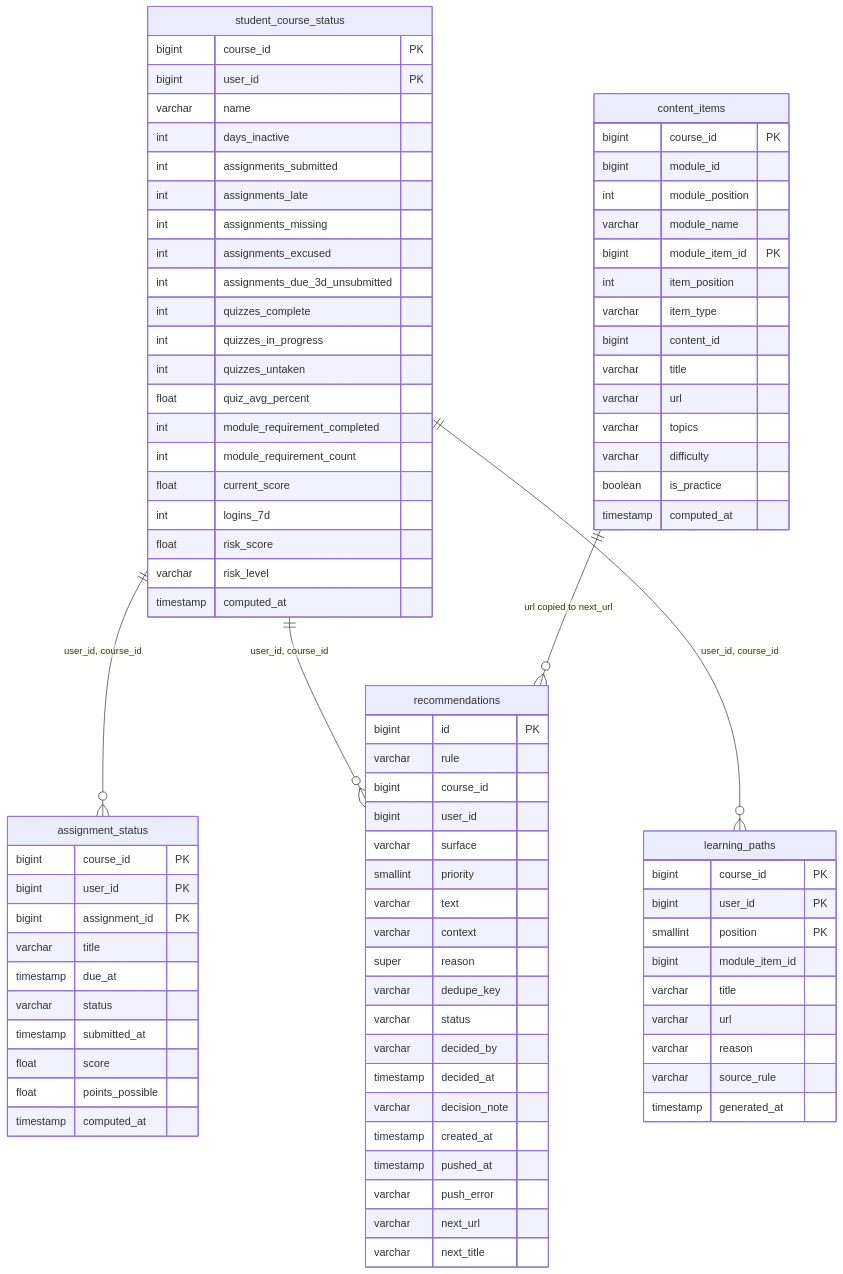
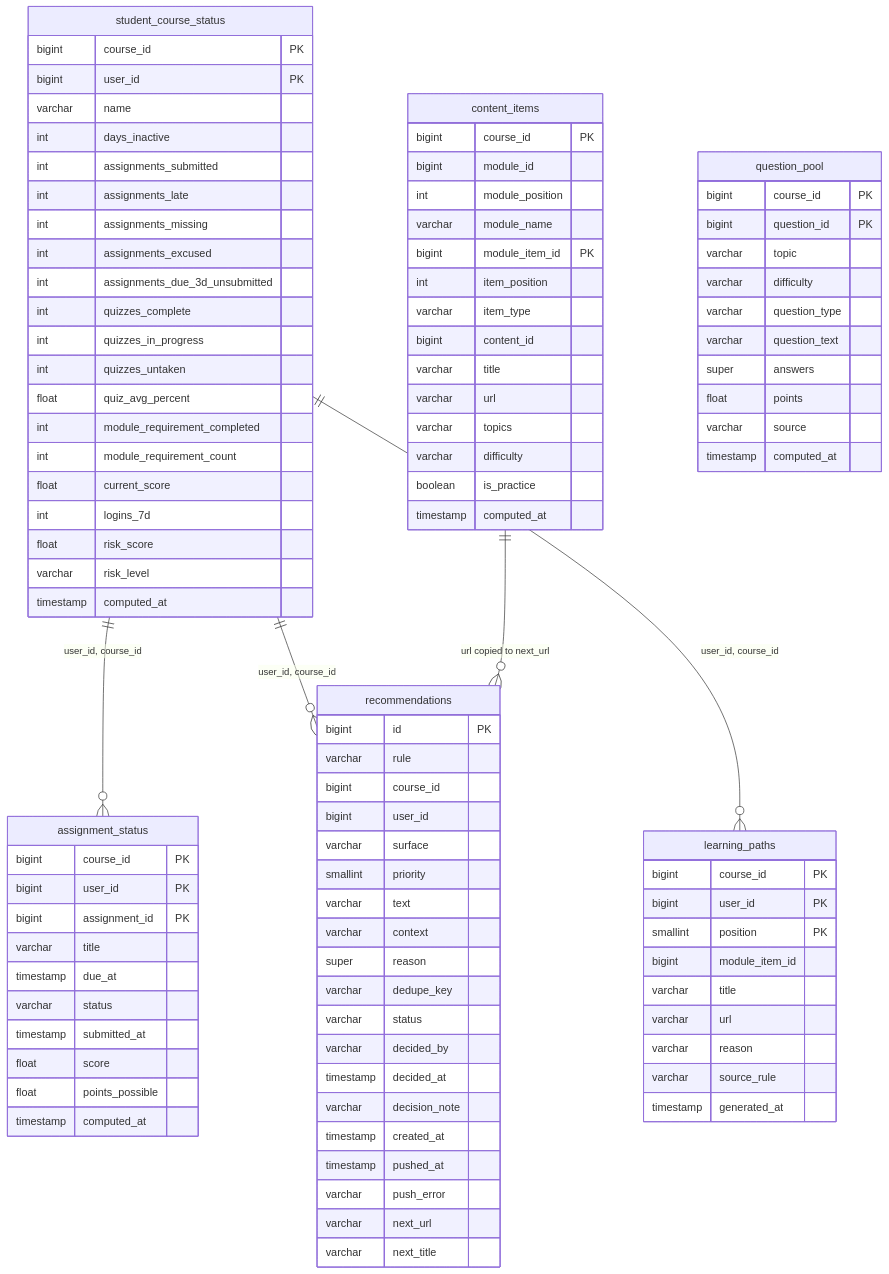
One commit to rdpatilds/redshift changed the second of 4 diagrams in docs/ARCHITECTURE.md. Above: the diagram before and after it, drawn with Mermaid. The commit also changed other lines of this file and 5 other files, not shown here.

Commit message:
Add question_pool table and seed, tag generated quizzes in content_items

```diff
--- a/docs/ARCHITECTURE.md
+++ b/docs/ARCHITECTURE.md
@@ -166,6 +167,18 @@
         varchar source_rule
         timestamp generated_at
     }
+    question_pool {
+        bigint course_id PK
+        bigint question_id PK
+        varchar topic
+        varchar difficulty
+        varchar question_type
+        varchar question_text
+        super answers
+        float points
+        varchar source
+        timestamp computed_at
+    }
     student_course_status ||--o{ assignment_status : "user_id, course_id"
     student_course_status ||--o{ recommendations : "user_id, course_id"
     student_course_status ||--o{ learning_paths : "user_id, course_id"
```
